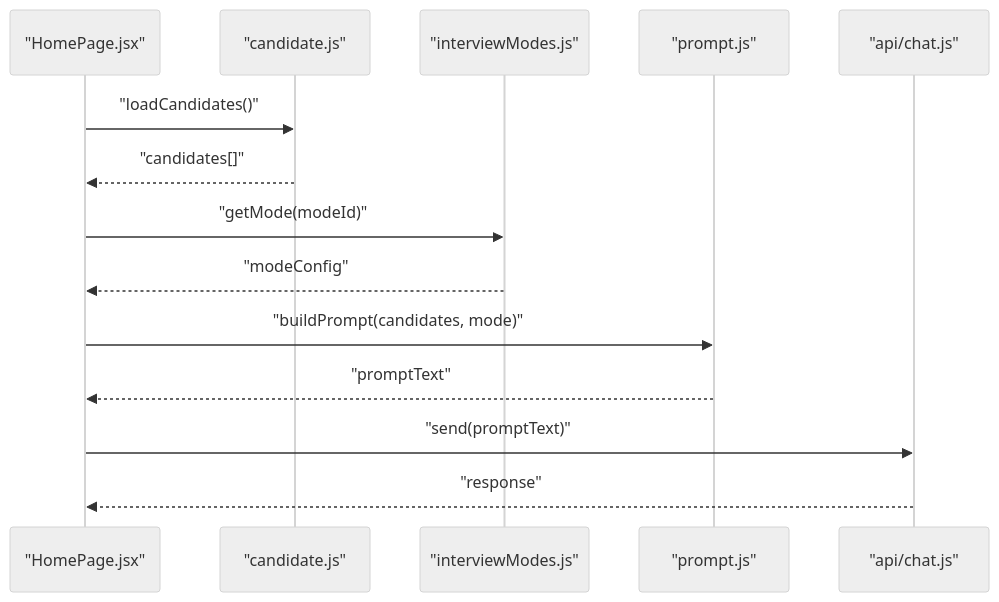
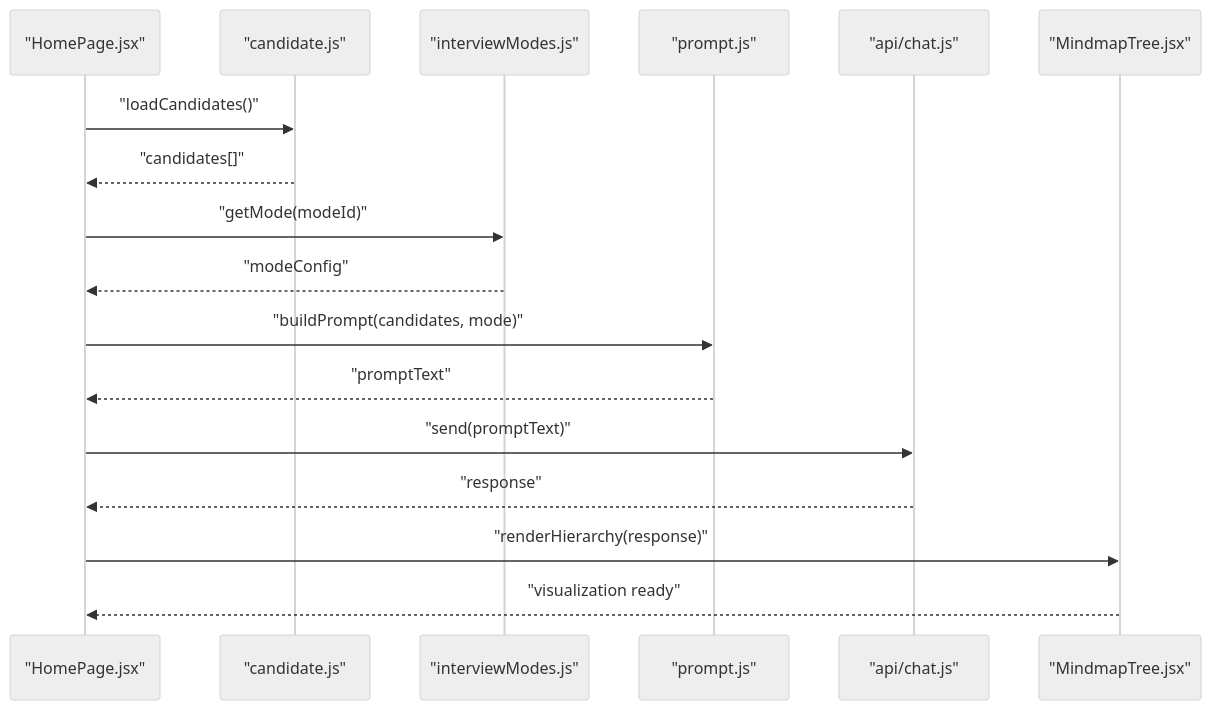
The sixth of 10 diagrams in .qoder/repowiki/en/content/Core Features/Mindmap Visualization.md (zmyeo54/briefroom), drawn with Mermaid (neutral theme) before and after one commit. The commit also changed other lines of this file and 32 other files, not shown here.

````diff
--- a/.qoder/repowiki/en/content/Core Features/Mindmap Visualization.md
+++ b/.qoder/repowiki/en/content/Core Features/Mindmap Visualization.md
@@ -334,16 +407,19 @@
 ```mermaid
 sequenceDiagram
 participant UI as "HomePage.jsx"
 participant Cand as "candidate.js"
 participant Mode as "interviewModes.js"
 participant Prom as "prompt.js"
 participant Chat as "api/chat.js"
+participant Mindmap as "MindmapTree.jsx"
 UI->>Cand : "loadCandidates()"
 Cand-->>UI : "candidates[]"
 UI->>Mode : "getMode(modeId)"
 Mode-->>UI : "modeConfig"
 UI->>Prom : "buildPrompt(candidates, mode)"
 Prom-->>UI : "promptText"
 UI->>Chat : "send(promptText)"
 Chat-->>UI : "response"
+UI->>Mindmap : "renderHierarchy(response)"
+Mindmap-->>UI : "visualization ready"
 ```
````
